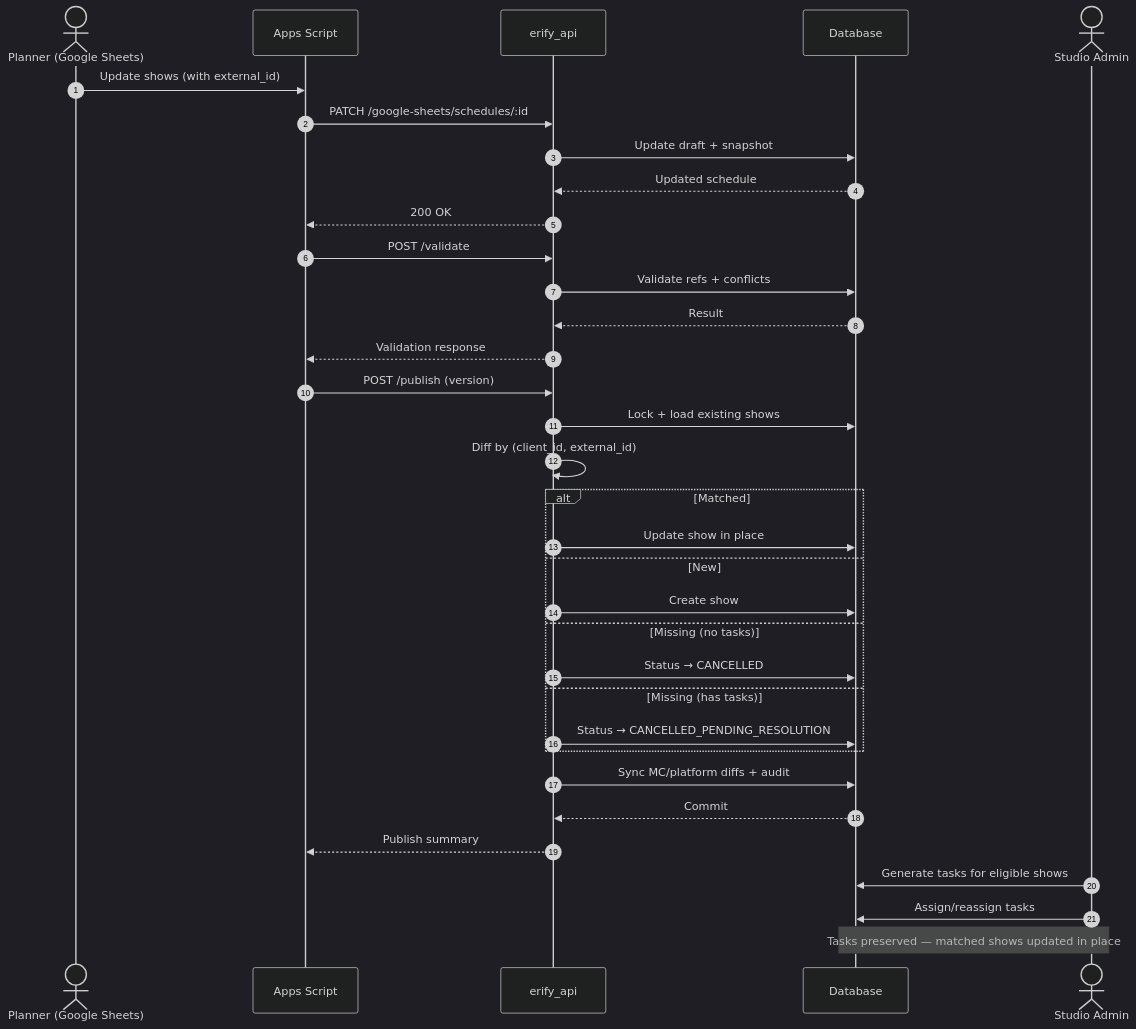
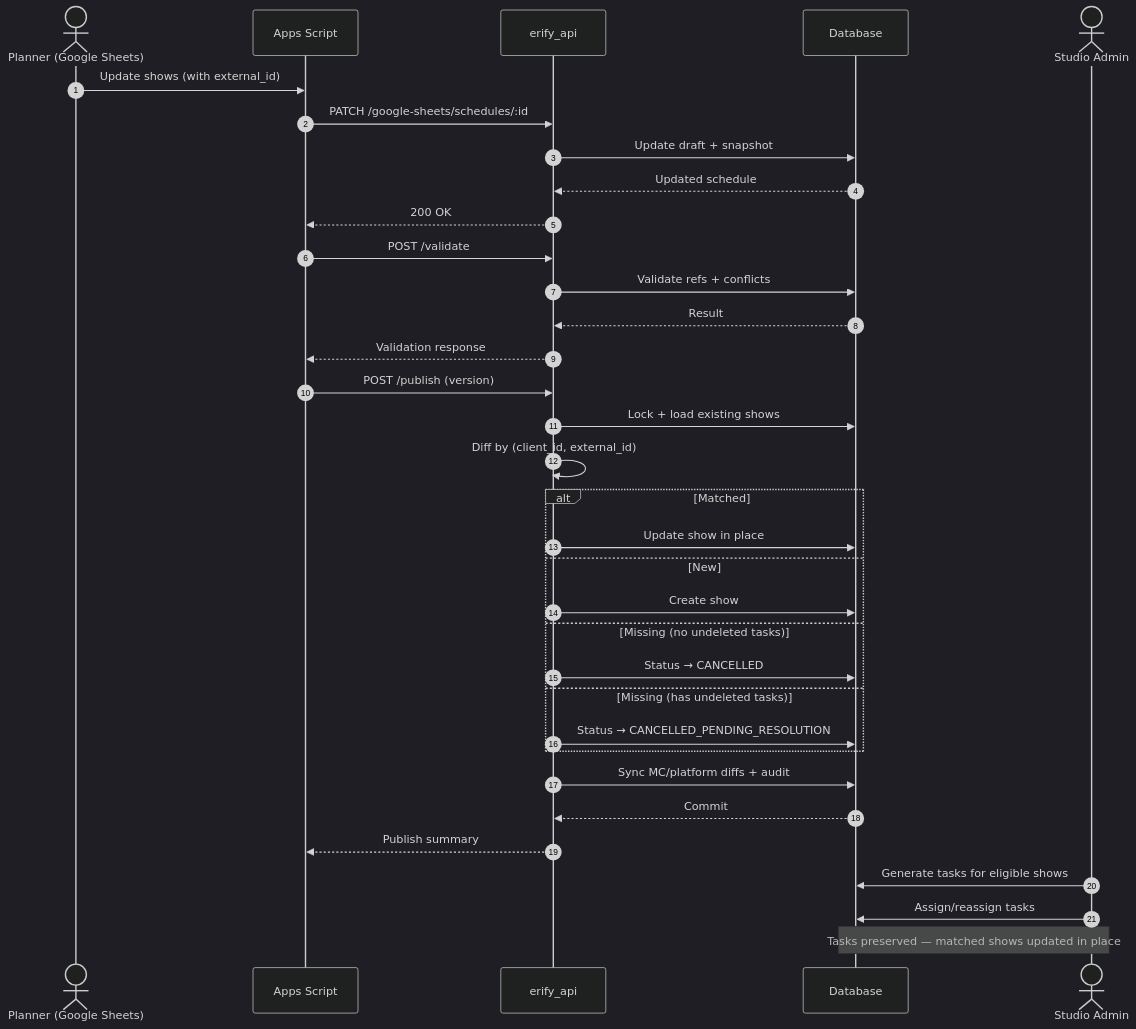
One commit to allenlin90/eridu-services changed the second of 2 diagrams in apps/erify_api/docs/SCHEDULE_CONTINUITY.md. Above: the diagram before and after it, drawn with Mermaid (dark theme). The commit also changed other lines of this file and 71 other files, not shown here.

````diff
--- a/apps/erify_api/docs/SCHEDULE_CONTINUITY.md
+++ b/apps/erify_api/docs/SCHEDULE_CONTINUITY.md
@@ -177,42 +176,42 @@
 ```mermaid
 sequenceDiagram
     autonumber
     actor Planner as Planner (Google Sheets)
     participant GAS as Apps Script
     participant API as erify_api
     participant DB as Database
     actor Admin as Studio Admin
 
     Planner->>GAS: Update shows (with external_id)
     GAS->>API: PATCH /google-sheets/schedules/:id
     API->>DB: Update draft + snapshot
     DB-->>API: Updated schedule
     API-->>GAS: 200 OK
 
     GAS->>API: POST /validate
     API->>DB: Validate refs + conflicts
     DB-->>API: Result
     API-->>GAS: Validation response
 
     GAS->>API: POST /publish (version)
     API->>DB: Lock + load existing shows
     API->>API: Diff by (client_id, external_id)
 
     alt Matched
         API->>DB: Update show in place
     else New
         API->>DB: Create show
-    else Missing (no tasks)
+    else Missing (no undeleted tasks)
         API->>DB: Status → CANCELLED
-    else Missing (has tasks)
+    else Missing (has undeleted tasks)
         API->>DB: Status → CANCELLED_PENDING_RESOLUTION
     end
 
     API->>DB: Sync MC/platform diffs + audit
     DB-->>API: Commit
     API-->>GAS: Publish summary
 
     Admin->>DB: Generate tasks for eligible shows
     Admin->>DB: Assign/reassign tasks
     Note over Admin,DB: Tasks preserved — matched shows updated in place
 ```
````
